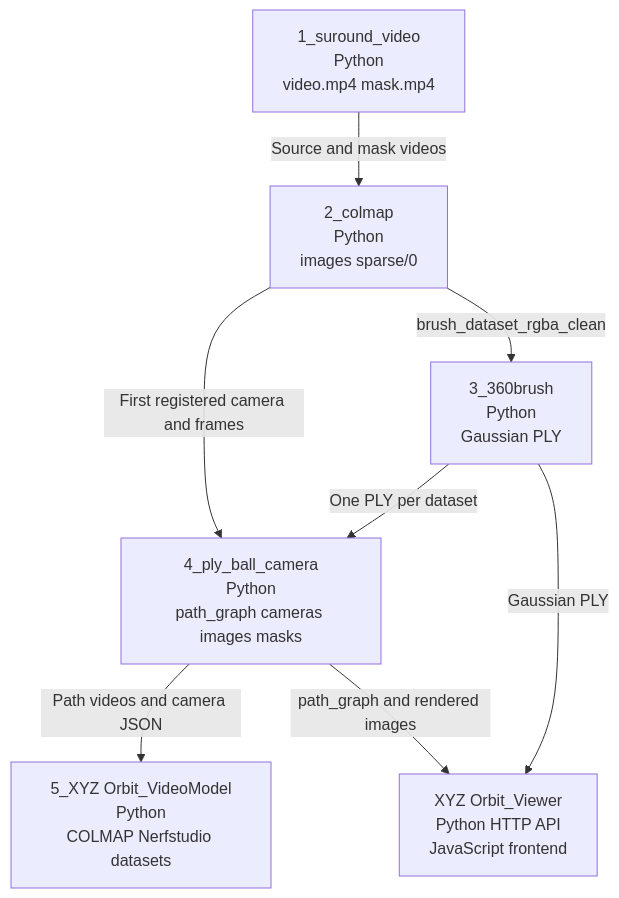
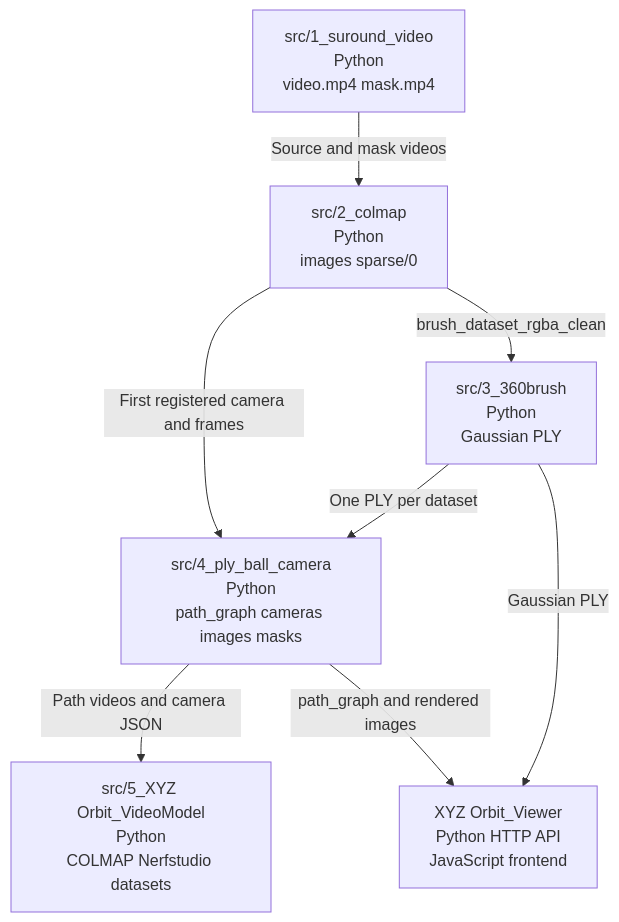
The third of 3 diagrams in README_EN.md (gkwang4912/VideoSplat), drawn with Mermaid before and after one commit. The commit also changed other lines of this file and 48 other files, not shown here.

````diff
--- a/README_EN.md
+++ b/README_EN.md
@@ -84,17 +93,17 @@
 ```mermaid
 flowchart TB
-    P1[1_suround_video<br/>Python<br/>video.mp4 mask.mp4]
-    P2[2_colmap<br/>Python<br/>images sparse/0]
-    P3[3_360brush<br/>Python<br/>Gaussian PLY]
-    P4[4_ply_ball_camera<br/>Python<br/>path_graph cameras images masks]
-    P5[5_XYZ Orbit_VideoModel<br/>Python<br/>COLMAP Nerfstudio datasets]
+    P1[src/1_suround_video<br/>Python<br/>video.mp4 mask.mp4]
+    P2[src/2_colmap<br/>Python<br/>images sparse/0]
+    P3[src/3_360brush<br/>Python<br/>Gaussian PLY]
+    P4[src/4_ply_ball_camera<br/>Python<br/>path_graph cameras images masks]
+    P5[src/5_XYZ Orbit_VideoModel<br/>Python<br/>COLMAP Nerfstudio datasets]
     VW[XYZ Orbit_Viewer<br/>Python HTTP API<br/>JavaScript frontend]
 
     P1 -->|Source and mask videos| P2
     P2 -->|brush_dataset_rgba_clean| P3
     P2 -->|First registered camera and frames| P4
     P3 -->|One PLY per dataset| P4
     P4 -->|Path videos and camera JSON| P5
     P4 -->|path_graph and rendered images| VW
     P3 -->|Gaussian PLY| VW
 ```
````
